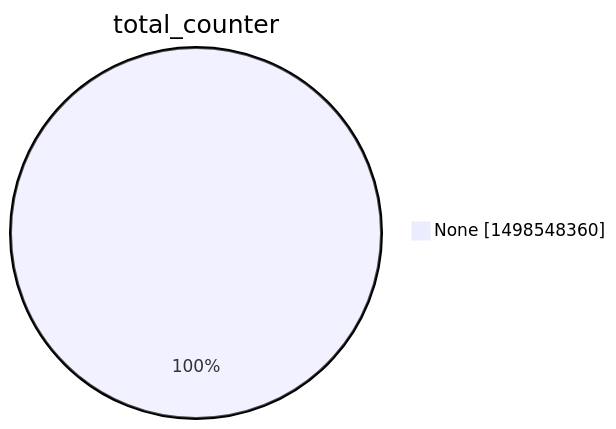
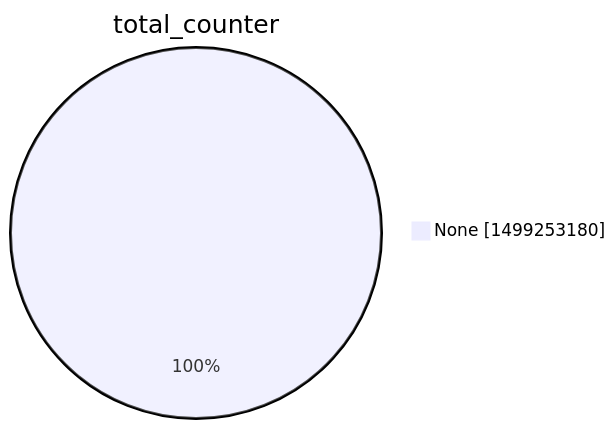
The second of 15 diagrams in argon2022/README.md (christiankrug/ctmonitor_visualization), drawn with Mermaid before and after one commit. The commit also changed other lines of this file, not shown here.

````diff
--- a/argon2022/README.md
+++ b/argon2022/README.md
@@ -9,5 +9,5 @@
 ```mermaid
 pie showData
 title total_counter
-"None" :1498548360
+"None" :1499253180
 ```
````
